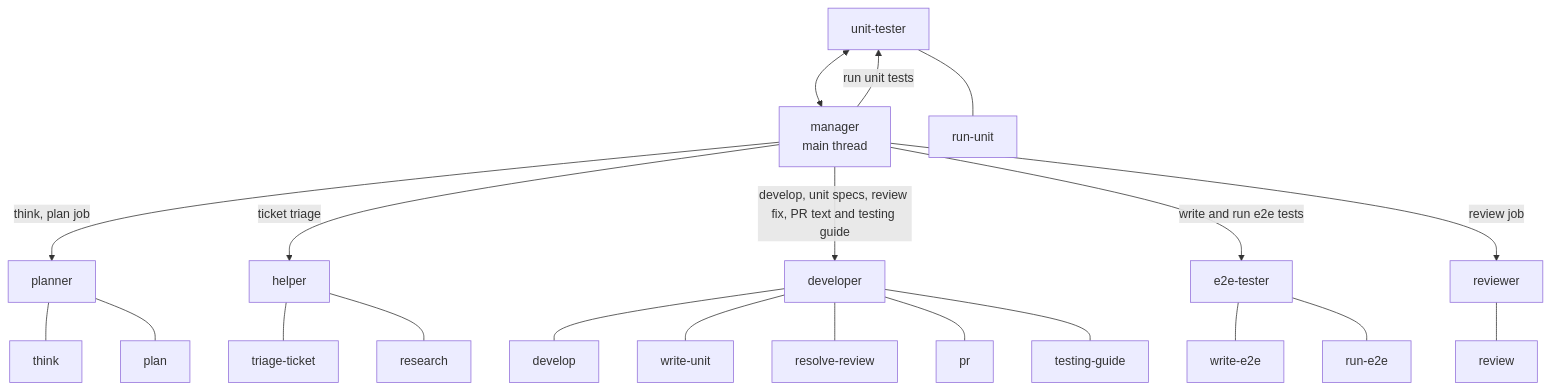
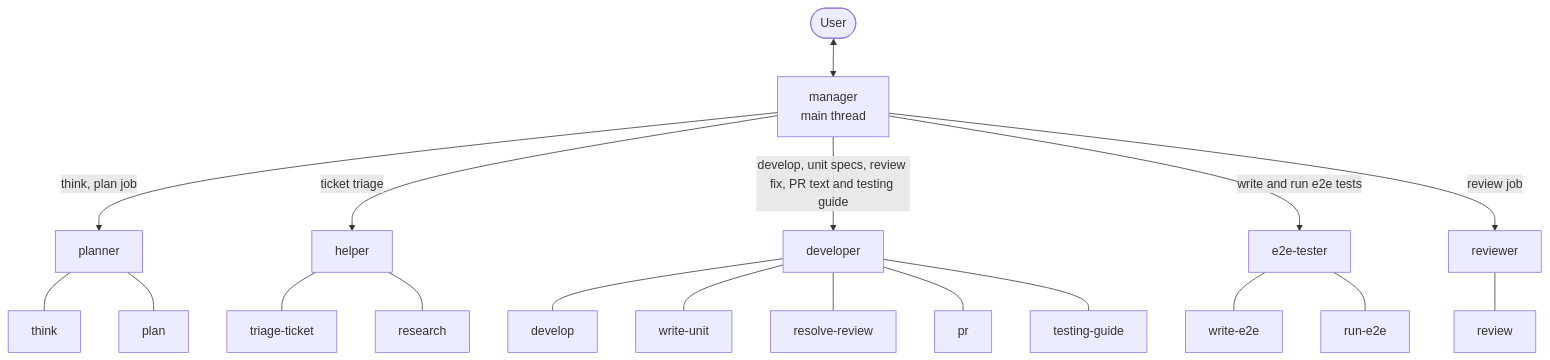
The first of 3 diagrams in agent-workflow/docs/architecture/ARCHITECTURE.md (le0u0/plugins), drawn with Mermaid before and after one commit. The commit also changed other lines of this file and 22 other files, not shown here.

Commit message:
refactor: drop unit-tester, run e2e once before review, and check each project's test setup

````diff
--- a/agent-workflow/docs/architecture/ARCHITECTURE.md
+++ b/agent-workflow/docs/architecture/ARCHITECTURE.md
@@ -7,17 +7,15 @@
 ```mermaid
 flowchart TD
     U([User]) <--> M[manager<br/>main thread]
     M -->|think, plan job| P[planner]
     M -->|ticket triage| H[helper]
     M -->|develop, unit specs, review fix, PR text and testing guide| D[developer]
-    M -->|run unit tests| U[unit-tester]
     M -->|write and run e2e tests| E[e2e-tester]
     M -->|review job| R[reviewer]
 
     P --- P1[think] & P3[plan]
     H --- H1[triage-ticket] & H2[research]
     D --- D1[develop] & D2[write-unit] & D4[resolve-review] & D6[pr] & D7[testing-guide]
-    U --- U1[run-unit]
     E --- E1[write-e2e] & E2[run-e2e]
     R --- R1[review]
 ```
````
